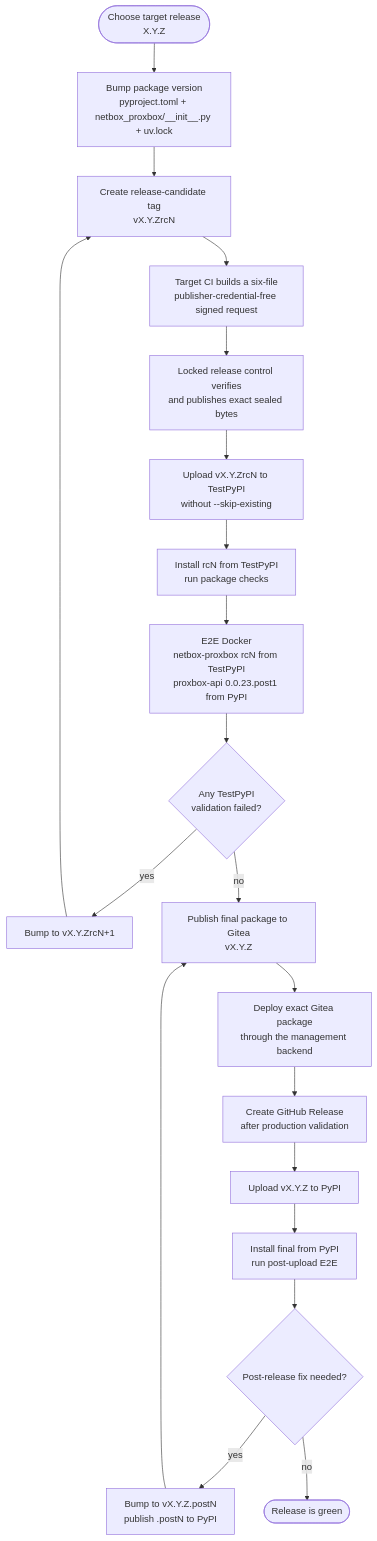
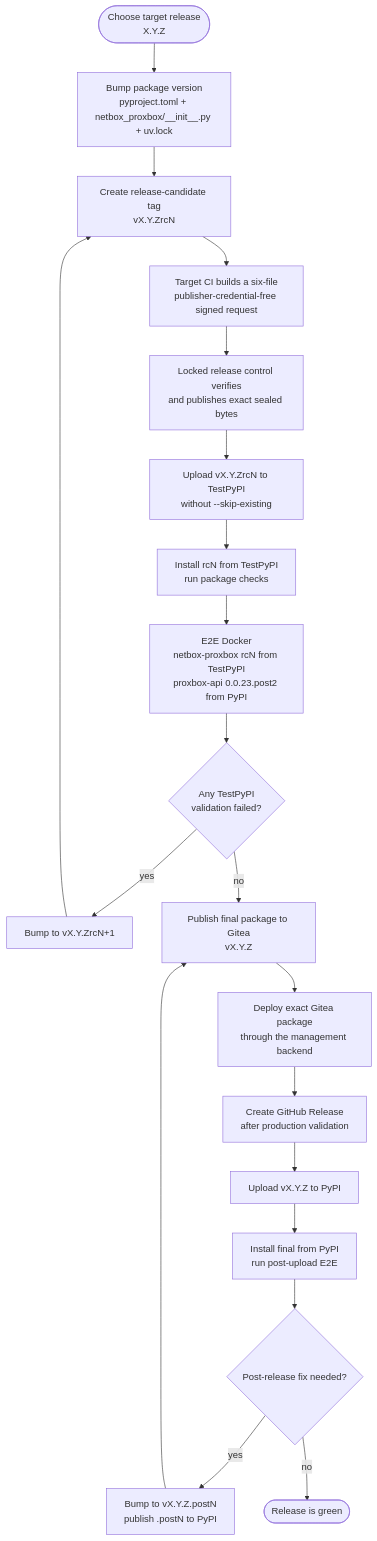
One commit to emersonfelipesp/netbox-proxbox changed the first of 2 diagrams in docs/developer/release-publishing.md. Above: the diagram before and after it, drawn with Mermaid. The commit also changed other lines of this file and 22 other files, not shown here.

````diff
--- a/docs/developer/release-publishing.md
+++ b/docs/developer/release-publishing.md
@@ -13,27 +13,27 @@
 ```mermaid
 flowchart TD
     Start([Choose target release\nX.Y.Z])
     Bump[Bump package version\npyproject.toml + netbox_proxbox/__init__.py + uv.lock]
     RCTag[Create release-candidate tag\nvX.Y.ZrcN]
     RCCI[Target CI builds a six-file\npublisher-credential-free signed request]
     Control[Locked release control verifies\nand publishes exact sealed bytes]
     RCUpload[Upload vX.Y.ZrcN to TestPyPI\nwithout --skip-existing]
     RCValidate[Install rcN from TestPyPI\nrun package checks]
-    RCE2E[E2E Docker\nnetbox-proxbox rcN from TestPyPI\nproxbox-api 0.0.23.post1 from PyPI]
+    RCE2E[E2E Docker\nnetbox-proxbox rcN from TestPyPI\nproxbox-api 0.0.23.post2 from PyPI]
     RCFailed{Any TestPyPI\nvalidation failed?}
     NextRC[Bump to vX.Y.ZrcN+1]
     FinalPrivate[Publish final package to Gitea\nvX.Y.Z]
     Deploy[Deploy exact Gitea package\nthrough the management backend]
     PublicRelease[Create GitHub Release\nafter production validation]
     FinalUpload[Upload vX.Y.Z to PyPI]
     FinalValidate[Install final from PyPI\nrun post-upload E2E]
     FinalFailed{Post-release fix needed?}
     Post[Bump to vX.Y.Z.postN\npublish .postN to PyPI]
     Done([Release is green])
 
     Start --> Bump --> RCTag --> RCCI --> Control --> RCUpload --> RCValidate --> RCE2E --> RCFailed
     RCFailed -- yes --> NextRC --> RCTag
     RCFailed -- no --> FinalPrivate --> Deploy --> PublicRelease --> FinalUpload --> FinalValidate --> FinalFailed
     FinalFailed -- yes --> Post --> FinalPrivate
     FinalFailed -- no --> Done
 ```
````
